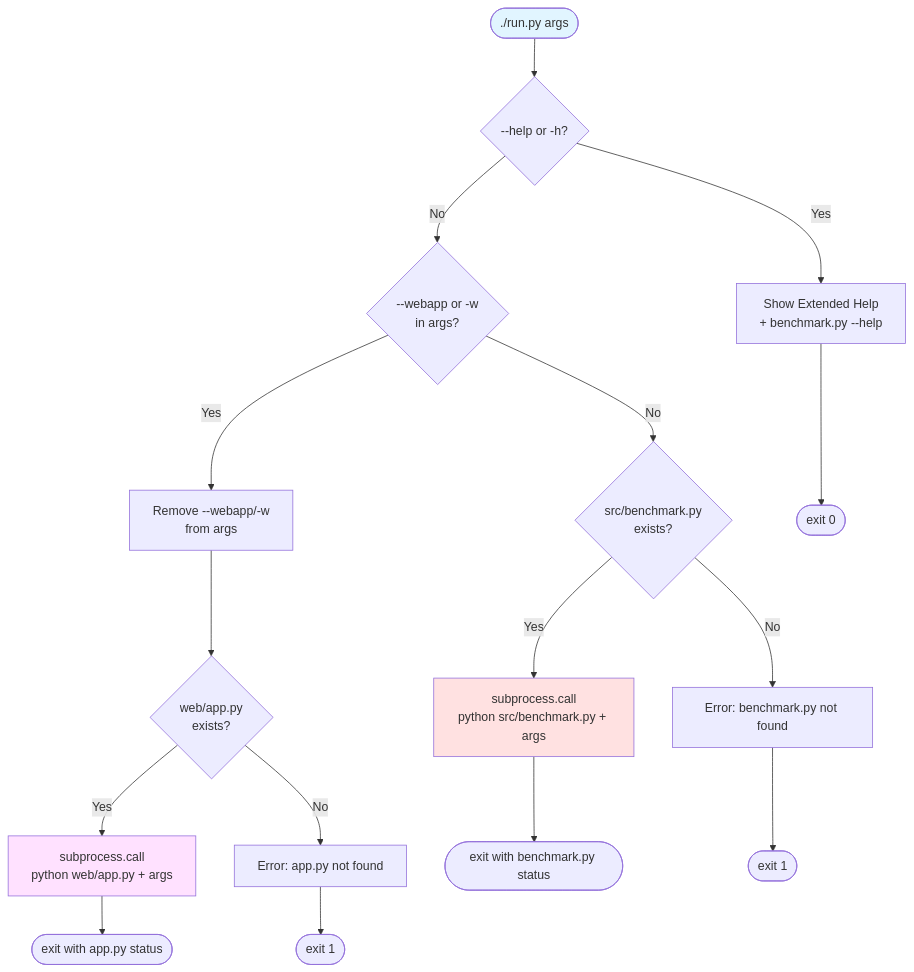
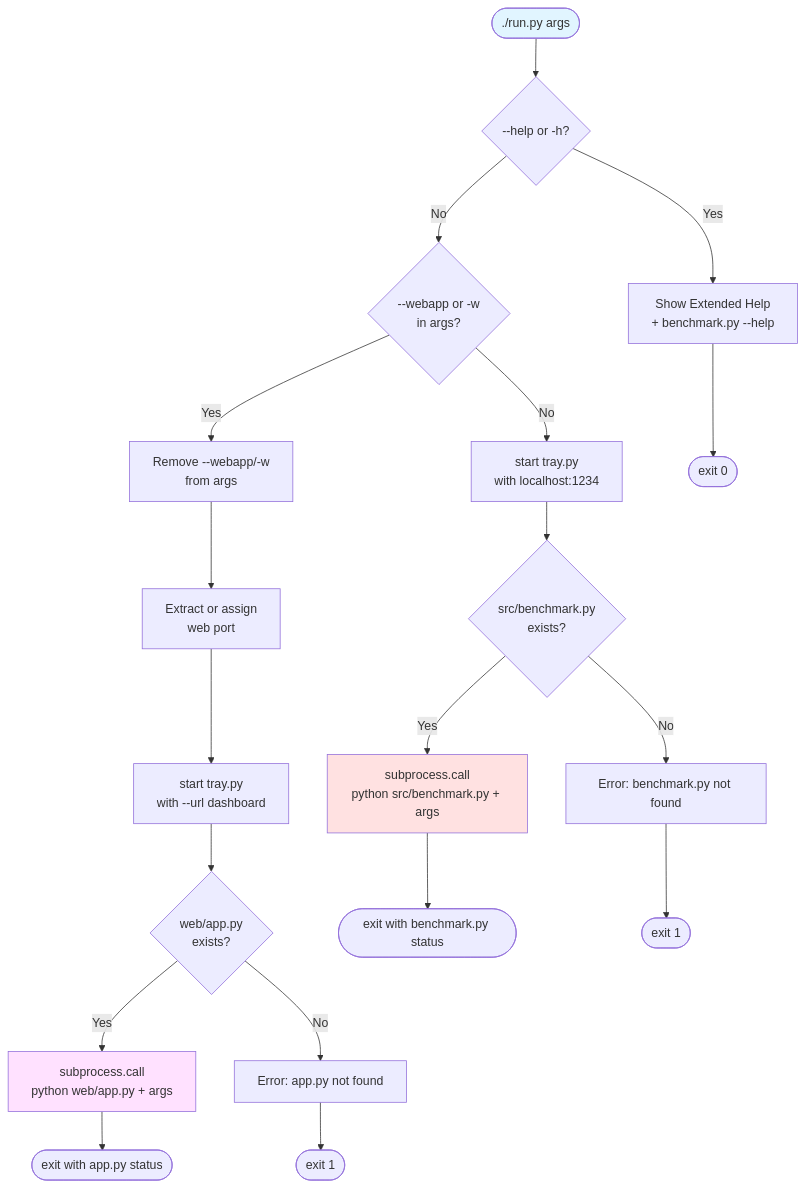
The second of 9 diagrams in docs/ARCHITECTURE.md (Ajimaru/LM-Studio-Bench), drawn with Mermaid before and after one commit. The commit also changed other lines of this file and 6 other files, not shown here.

Commit message:
Enhance Linux tray functionality with dynamic status icons and quick actions; update documentation and architecture to reflect new features

````diff
--- a/docs/ARCHITECTURE.md
+++ b/docs/ARCHITECTURE.md
@@ -72,25 +82,28 @@
 ```mermaid
 flowchart TD
     Start([./run.py args]) --> CheckHelp{--help or -h?}
     CheckHelp -->|Yes| ShowHelp[Show Extended Help<br/>+ benchmark.py --help]
     CheckHelp -->|No| CheckWebFlag{--webapp or -w<br/>in args?}
-    
+
     CheckWebFlag -->|Yes| RemoveFlag[Remove --webapp/-w<br/>from args]
-    RemoveFlag --> FindWebApp{web/app.py<br/>exists?}
+    RemoveFlag --> ResolvePort[Extract or assign<br/>web port]
+    ResolvePort --> StartTrayWeb[start tray.py<br/>with --url dashboard]
+    StartTrayWeb --> FindWebApp{web/app.py<br/>exists?}
     FindWebApp -->|Yes| StartWeb[subprocess.call<br/>python web/app.py + args]
     FindWebApp -->|No| ErrorWeb[Error: app.py not found]
     
-    CheckWebFlag -->|No| FindBenchmark{src/benchmark.py<br/>exists?}
+    CheckWebFlag -->|No| StartTrayCLI[start tray.py<br/>with localhost:1234]
+    StartTrayCLI --> FindBenchmark{src/benchmark.py<br/>exists?}
     FindBenchmark -->|Yes| StartBenchmark[subprocess.call<br/>python src/benchmark.py + args]
     FindBenchmark -->|No| ErrorBench[Error: benchmark.py not found]
     
     ShowHelp --> Exit1([exit 0])
     StartWeb --> Exit2([exit with app.py status])
     StartBenchmark --> Exit3([exit with benchmark.py status])
     ErrorWeb --> Exit4([exit 1])
     ErrorBench --> Exit5([exit 1])
     
     style Start fill:#e1f5ff
     style StartWeb fill:#ffe1ff
     style StartBenchmark fill:#ffe1e1
 ```
````
